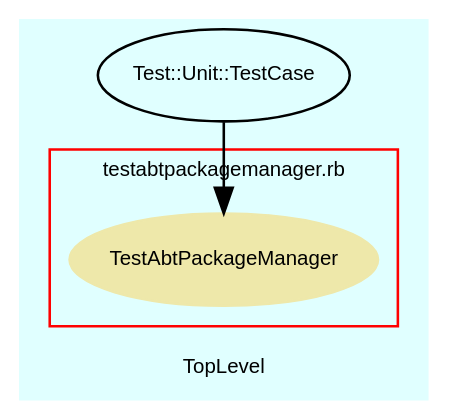
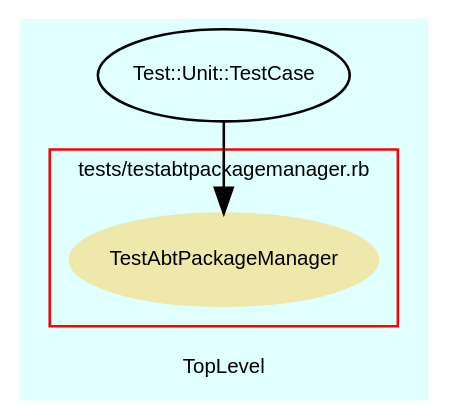
The diagram in src/trunk/doc/dot/f_13.dot (eschabell/abtlinux), drawn with Graphviz before and after one commit. The commit also changed 52 other files, not shown here.

```diff
--- a/src/trunk/doc/dot/f_13.dot
+++ b/src/trunk/doc/dot/f_13.dot
@@ -1,37 +1,37 @@
 digraph TopLevel {
     compound = true
     bgcolor = lightcyan1
     fontname = Arial
     fontsize = 8
     label = "TopLevel"
     node [
         fontname = Arial,
         fontsize = 8,
         color = black
     ]
 
     subgraph cluster_14 {
         fontname = Arial
         color = red
-        label = "testabtpackagemanager.rb"
+        label = "tests/testabtpackagemanager.rb"
         TestAbtPackageManager [
             fontcolor = black,
             URL = "classes/TestAbtPackageManager.html",
             shape = ellipse,
             color = palegoldenrod,
             style = filled,
             label = "TestAbtPackageManager"
         ]
 
     }
 
     Test__Unit__TestCase [
         URL = "classes/Test/Unit/TestCase.html",
         label = "Test::Unit::TestCase"
     ]
 
     Test__Unit__TestCase -> TestAbtPackageManager [
 
     ]
 
 }
```
